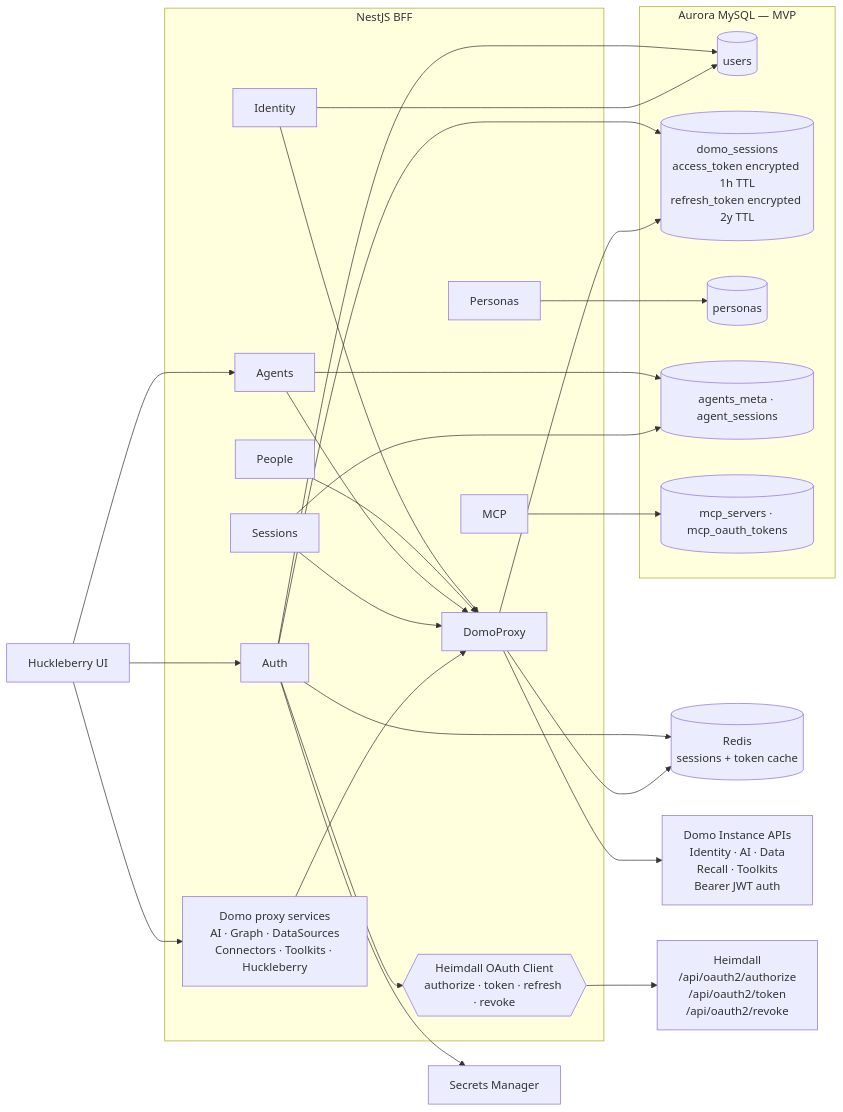
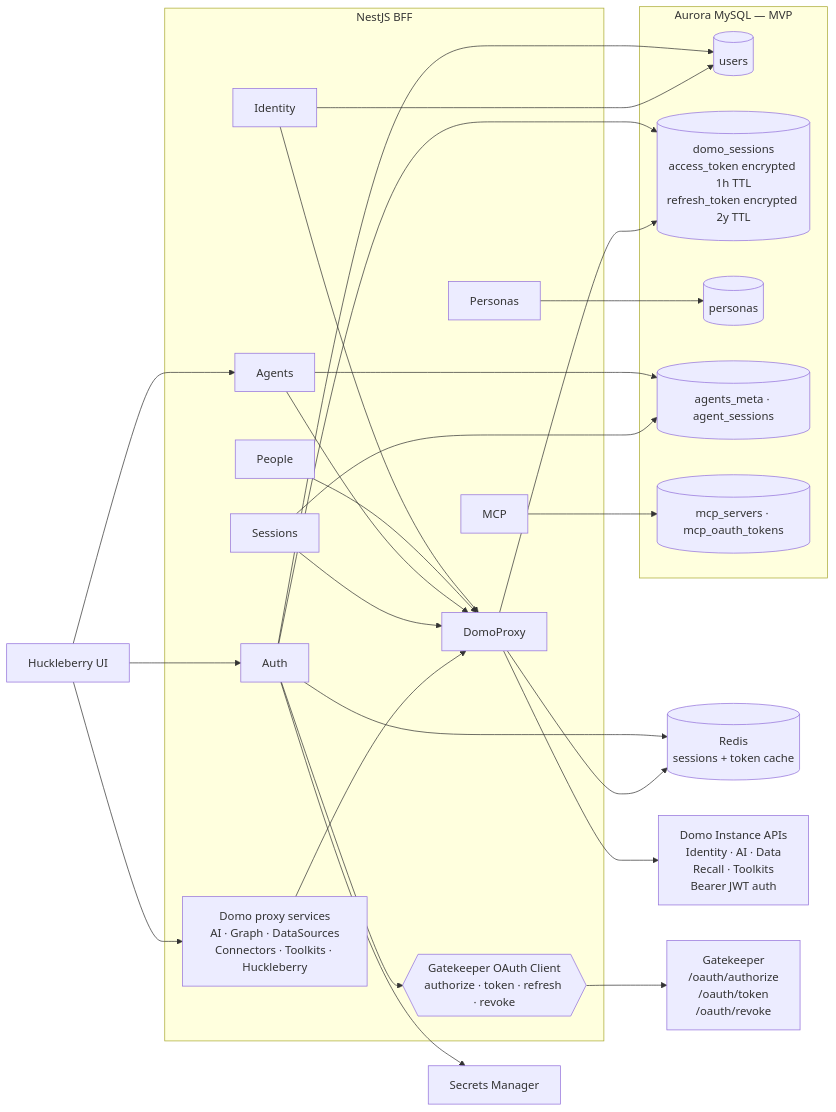
Before and after one commit to emmetuft/huckleberry-server: the diagram in docs/diagrams/auth-architecture.md, drawn with Mermaid. The commit also changed other lines of this file and 7 other files, not shown here.

First line of the commit message:
docs: add CLAUDE.md for LLM coding guidelines and update diagrams for Gatekeeper OAuth 2.1 integration

````diff
--- a/docs/diagrams/auth-architecture.md
+++ b/docs/diagrams/auth-architecture.md
@@ -13,58 +13,58 @@
 ```mermaid
 graph LR
     UI[Huckleberry UI]
 
     subgraph "NestJS BFF"
         AUTH[Auth]
         IDENT[Identity]
         PEOPLE[People]
         PERS[Personas]
         AGENTS[Agents]
         SESS[Sessions]
         MCP[MCP]
         PROXY_SVCS[Domo proxy services<br/>AI · Graph · DataSources<br/>Connectors · Toolkits · Huckleberry]
         PROXY[DomoProxy]
-        HEIMDALL_CLIENT{{Heimdall OAuth Client<br/>authorize · token · refresh · revoke}}
+        GATEKEEPER_CLIENT{{Gatekeeper OAuth Client<br/>authorize · token · refresh · revoke}}
     end
 
     subgraph "Aurora MySQL — MVP"
         T_USERS[(users)]
         T_TOKENS[(domo_sessions<br/>access_token encrypted 1h TTL<br/>refresh_token encrypted 2y TTL)]
         T_PERSONAS[(personas)]
         T_AGENTS[(agents_meta · agent_sessions)]
         T_MCP[(mcp_servers · mcp_oauth_tokens)]
     end
 
     SM[Secrets Manager]
     REDIS[(Redis<br/>sessions + token cache)]
 
     DOMO[Domo Instance APIs<br/>Identity · AI · Data<br/>Recall · Toolkits<br/>Bearer JWT auth]
-    HEIMDALL[Heimdall<br/>/api/oauth2/authorize<br/>/api/oauth2/token<br/>/api/oauth2/revoke]
+    GATEKEEPER[Gatekeeper<br/>/oauth/authorize<br/>/oauth/token<br/>/oauth/revoke]
 
     UI --> AUTH
     UI --> PROXY_SVCS
     UI --> AGENTS
 
     AUTH --> T_USERS
     AUTH --> T_TOKENS
     AUTH --> SM
     AUTH --> REDIS
-    AUTH --> HEIMDALL_CLIENT
-    HEIMDALL_CLIENT --> HEIMDALL
+    AUTH --> GATEKEEPER_CLIENT
+    GATEKEEPER_CLIENT --> GATEKEEPER
 
     IDENT --> T_USERS
     PERS --> T_PERSONAS
     AGENTS --> T_AGENTS
     SESS --> T_AGENTS
     MCP --> T_MCP
 
     IDENT --> PROXY
     PEOPLE --> PROXY
     AGENTS --> PROXY
     SESS --> PROXY
     PROXY_SVCS --> PROXY
 
     PROXY --> T_TOKENS
     PROXY --> REDIS
     PROXY --> DOMO
 ```
````
